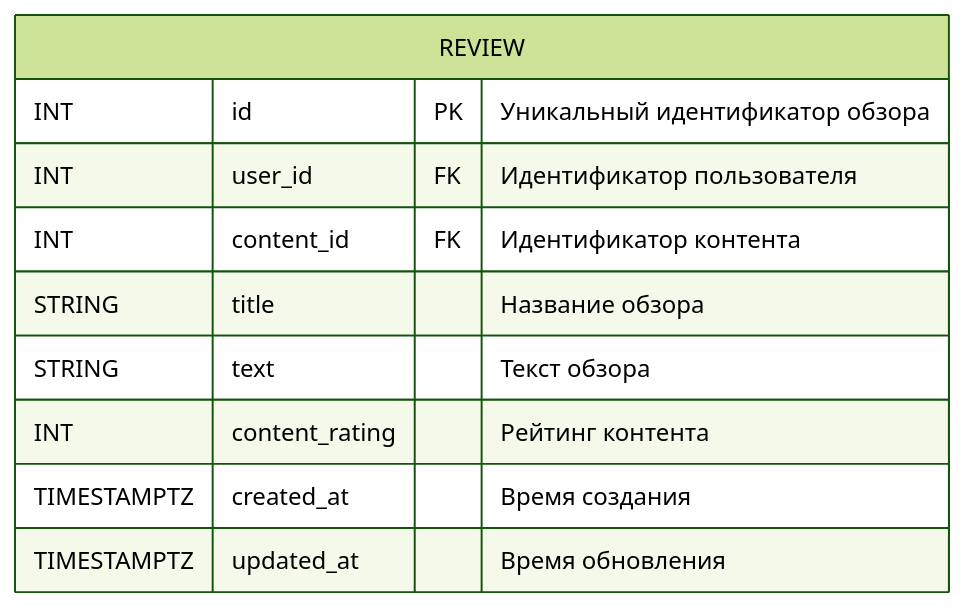
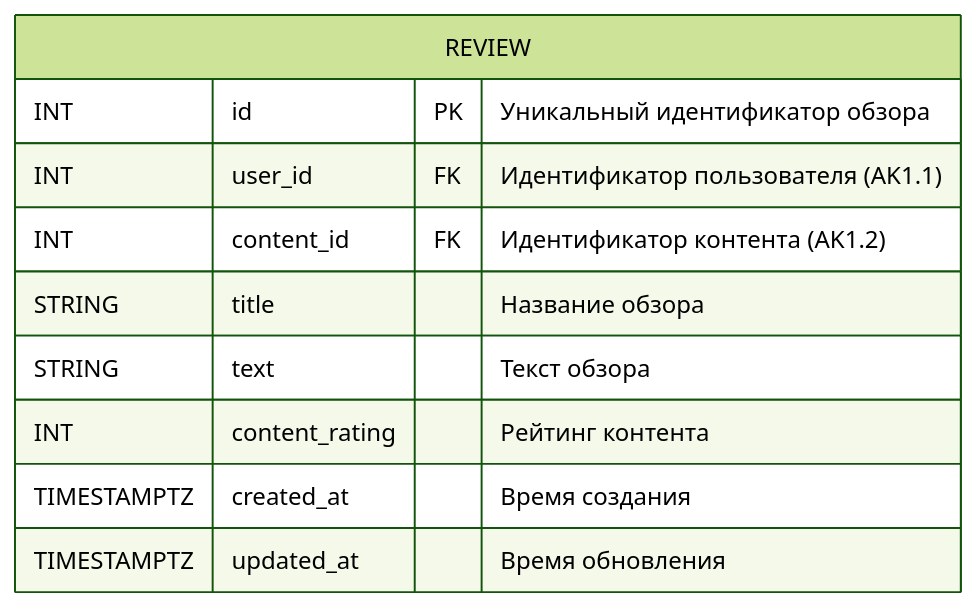
Before and after one commit to go-park-mail-ru/2024_1_Cyberkotletki: diagram 13 of 21 in db/normalized/relations.md, drawn with Mermaid (forest theme). The commit also changed other lines of this file and 2 other files, not shown here.

````diff
--- a/db/normalized/relations.md
+++ b/db/normalized/relations.md
@@ -210,13 +341,13 @@
 ```mermaid
 erDiagram
     REVIEW {
         INT id PK "Уникальный идентификатор обзора"
-        INT user_id FK "Идентификатор пользователя"
-        INT content_id FK "Идентификатор контента"
+        INT user_id FK "Идентификатор пользователя (AK1.1)"
+        INT content_id FK "Идентификатор контента (AK1.2)"
         STRING title "Название обзора"
         STRING text "Текст обзора"
         INT content_rating "Рейтинг контента"
         TIMESTAMPTZ created_at "Время создания"
         TIMESTAMPTZ updated_at "Время обновления"
     }
 ```
````
